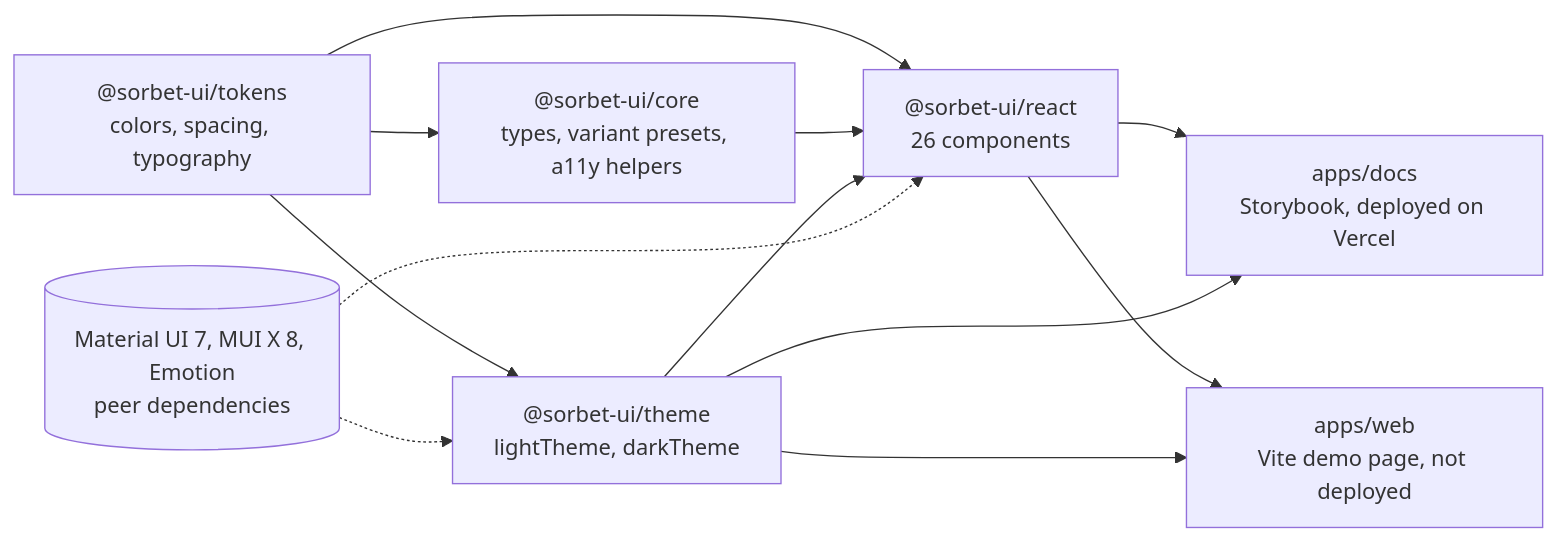
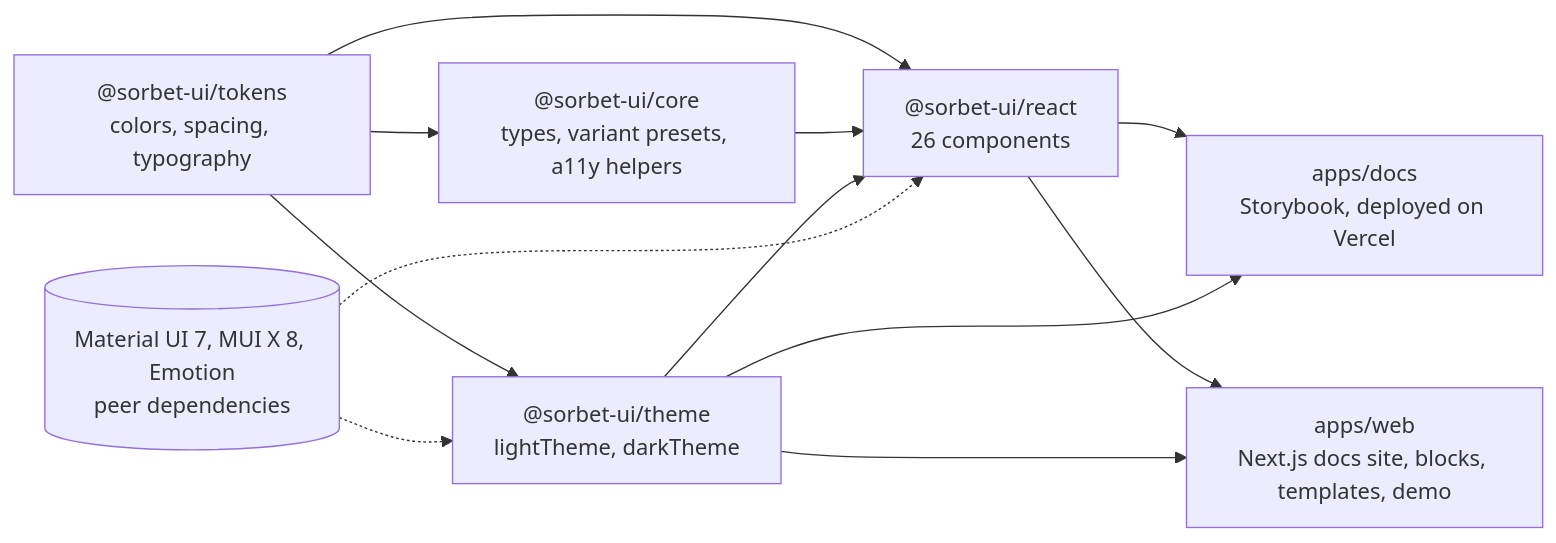
The diagram in README.md (tahmidbintaslim/sorbet-ui), drawn with Mermaid before and after one commit. The commit also changed other lines of this file and 3 other files, not shown here.

````diff
--- a/README.md
+++ b/README.md
@@ -189,22 +214,22 @@
 ```mermaid
 flowchart LR
   tokens["@sorbet-ui/tokens<br/>colors, spacing, typography"]
   core["@sorbet-ui/core<br/>types, variant presets, a11y helpers"]
   theme["@sorbet-ui/theme<br/>lightTheme, darkTheme"]
   react["@sorbet-ui/react<br/>26 components"]
   mui[("Material UI 7, MUI X 8, Emotion<br/>peer dependencies")]
   docs["apps/docs<br/>Storybook, deployed on Vercel"]
-  web["apps/web<br/>Vite demo page, not deployed"]
+  web["apps/web<br/>Next.js docs site, blocks, templates, demo"]
 
   tokens --> core
   tokens --> theme
   tokens --> react
   core --> react
   theme --> react
   mui -.-> theme
   mui -.-> react
   react --> docs
   theme --> docs
   react --> web
   theme --> web
 ```
````
